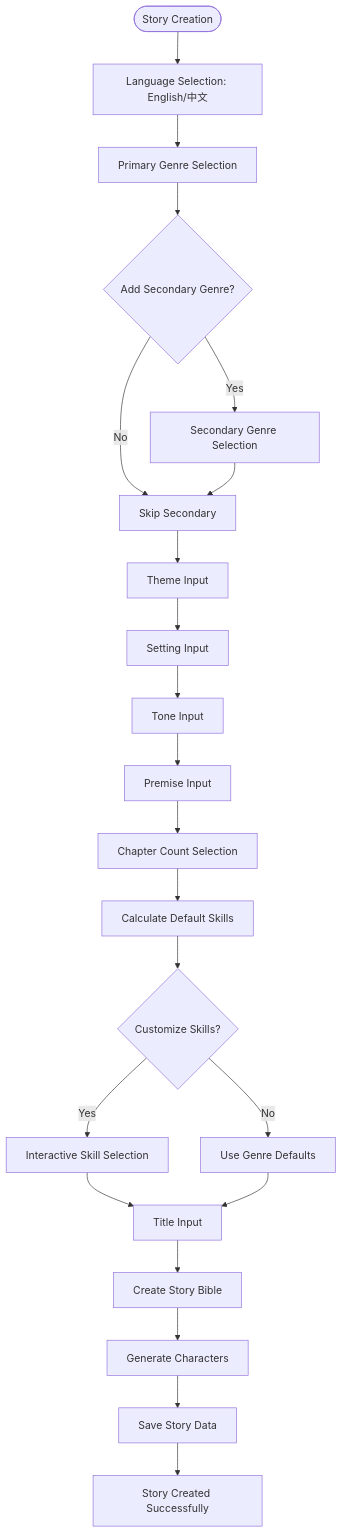
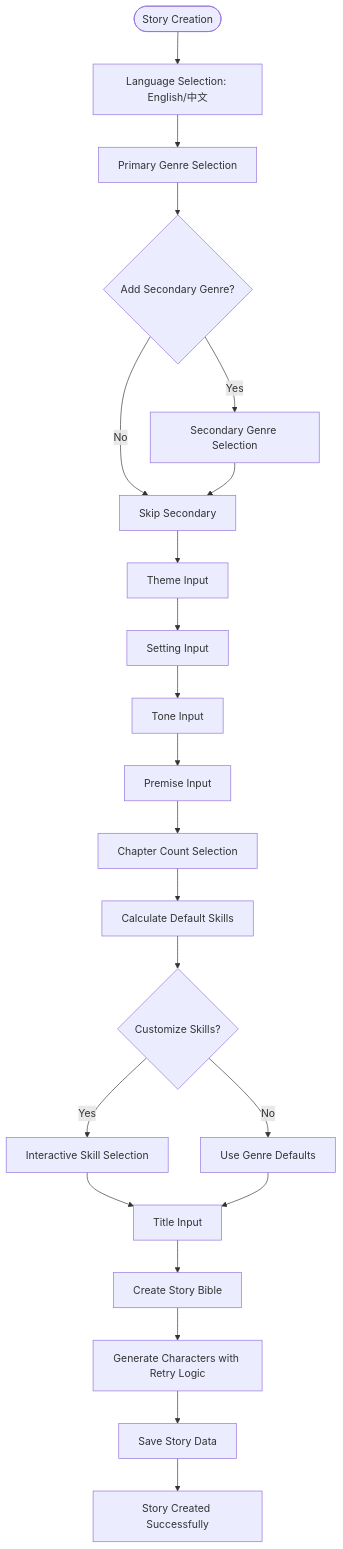
One commit to liwonder/NARRITIVE_OS changed the fifth of 9 diagrams in .qoder/repowiki/en/content/Getting Started/CLI Documentation.md. Above: the diagram before and after it, drawn with Mermaid. The commit also changed other lines of this file and 15 other files, not shown here.

````diff
--- a/.qoder/repowiki/en/content/Getting Started/CLI Documentation.md
+++ b/.qoder/repowiki/en/content/Getting Started/CLI Documentation.md
@@ -247,24 +248,24 @@
 ```mermaid
 flowchart TD
 Start([Story Creation]) --> Language[Language Selection: English/中文]
 Language --> PrimaryGenre[Primary Genre Selection]
 PrimaryGenre --> SecondaryGenre{Add Secondary Genre?}
 SecondaryGenre --> |Yes| SecondarySelect[Secondary Genre Selection]
 SecondaryGenre --> |No| SkipSecondary[Skip Secondary]
 SecondarySelect --> SkipSecondary
 SkipSecondary --> Theme[Theme Input]
 Theme --> Setting[Setting Input]
 Setting --> Tone[Tone Input]
 Tone --> Premise[Premise Input]
 Premise --> Chapters[Chapter Count Selection]
 Chapters --> DefaultSkills[Calculate Default Skills]
 DefaultSkills --> Customize{Customize Skills?}
 Customize --> |Yes| SkillSelection[Interactive Skill Selection]
 Customize --> |No| UseDefaults[Use Genre Defaults]
 SkillSelection --> Title[Title Input]
 UseDefaults --> Title
 Title --> CreateBible[Create Story Bible]
-CreateBible --> GenerateChars[Generate Characters]
+CreateBible --> GenerateChars[Generate Characters with Retry Logic]
 GenerateChars --> SaveStory[Save Story Data]
 SaveStory --> Success[Story Created Successfully]
 ```
````
